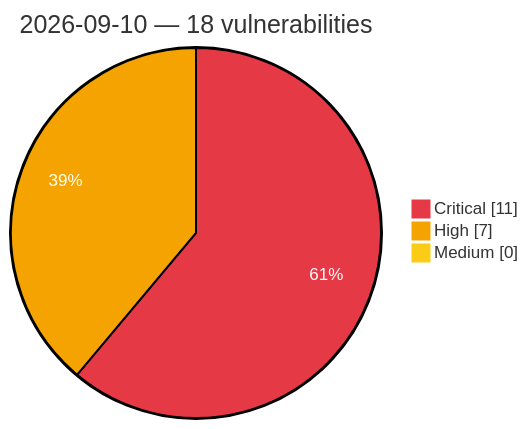
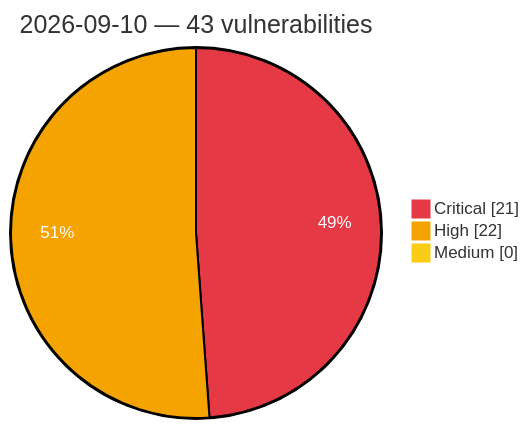
Before and after one commit to GhostX0X/vuln-tracker: the diagram in vulnerabilities/2026/September/2026-09-10.md, drawn with Mermaid. The commit also changed other lines of this file and 5 other files, not shown here.

Commit message:
Auto update: critical/high vulns (2026-09-10 15:09 UTC)

````diff
--- a/vulnerabilities/2026/September/2026-09-10.md
+++ b/vulnerabilities/2026/September/2026-09-10.md
@@ -3,8 +3,8 @@
 ```mermaid
 %%{init: {'theme':'base', 'themeVariables': {'pie1':'#e63946', 'pie2':'#f4a300', 'pie3':'#facc15', 'pieOpacity':'1', 'pieOuterStrokeWidth':'2px', 'pieSectionTextColor':'#ffffff'}}}%%
 pie showData
-    title 2026-09-10 — 18 vulnerabilities
-    "Critical" : 11
-    "High" : 7
+    title 2026-09-10 — 43 vulnerabilities
+    "Critical" : 21
+    "High" : 22
     "Medium" : 0
 ```
````
